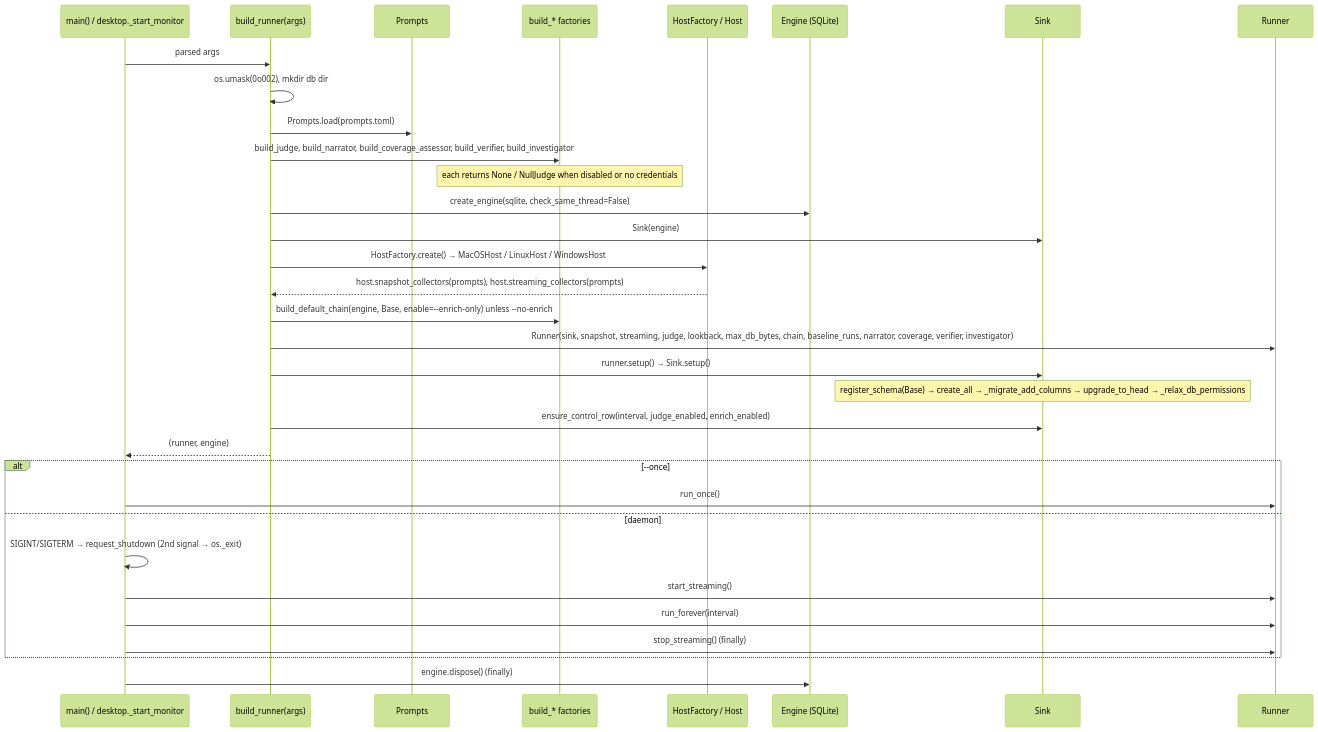
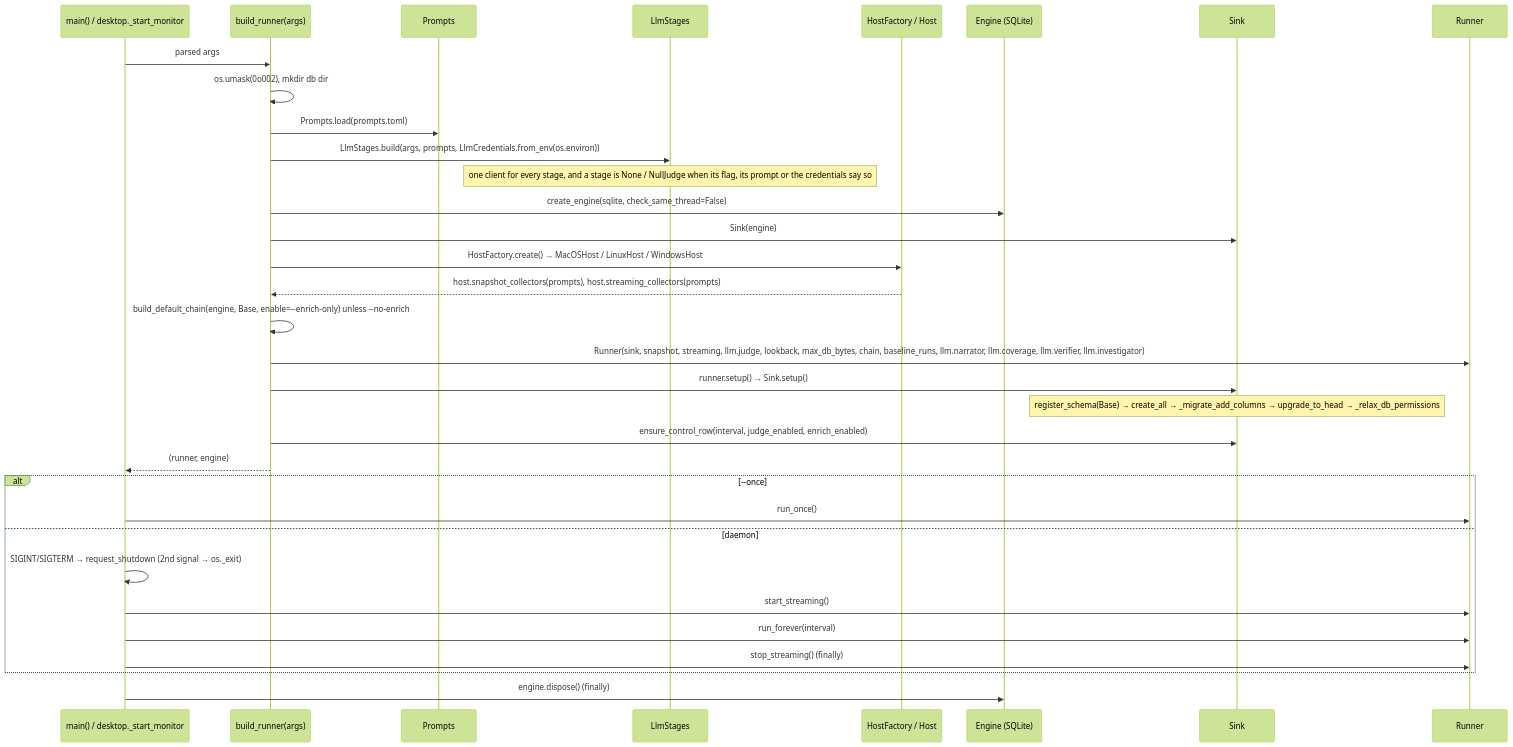
Before and after one commit to iklobato/avai: the fourth of 22 diagrams in docs/ARCHITECTURE.md, drawn with Mermaid (forest theme). The commit also changed other lines of this file and 1 other file, not shown here.

First line of the commit message:
docs: document the shared LLM client and record phase 3

````diff
--- a/docs/ARCHITECTURE.md
+++ b/docs/ARCHITECTURE.md
@@ -264,36 +268,36 @@
 ```mermaid
 sequenceDiagram
     participant M as main() / desktop._start_monitor
     participant B as build_runner(args)
     participant P as Prompts
-    participant F as build_* factories
+    participant L as LlmStages
     participant H as HostFactory / Host
     participant E as Engine (SQLite)
     participant S as Sink
     participant R as Runner
 
     M->>B: parsed args
     B->>B: os.umask(0o002), mkdir db dir
     B->>P: Prompts.load(prompts.toml)
-    B->>F: build_judge, build_narrator, build_coverage_assessor, build_verifier, build_investigator
-    Note over F: each returns None / NullJudge when disabled or no credentials
+    B->>L: LlmStages.build(args, prompts, LlmCredentials.from_env(os.environ))
+    Note over L: one client for every stage, and a stage is None / NullJudge when its flag, its prompt or the credentials say so
     B->>E: create_engine(sqlite, check_same_thread=False)
     B->>S: Sink(engine)
     B->>H: HostFactory.create() → MacOSHost / LinuxHost / WindowsHost
     H-->>B: host.snapshot_collectors(prompts), host.streaming_collectors(prompts)
-    B->>F: build_default_chain(engine, Base, enable=--enrich-only) unless --no-enrich
-    B->>R: Runner(sink, snapshot, streaming, judge, lookback, max_db_bytes, chain, baseline_runs, narrator, coverage, verifier, investigator)
+    B->>B: build_default_chain(engine, Base, enable=--enrich-only) unless --no-enrich
+    B->>R: Runner(sink, snapshot, streaming, llm.judge, lookback, max_db_bytes, chain, baseline_runs, llm.narrator, llm.coverage, llm.verifier, llm.investigator)
     B->>S: runner.setup() → Sink.setup()
     Note over S: register_schema(Base) → create_all → _migrate_add_columns → upgrade_to_head → _relax_db_permissions
     B->>S: ensure_control_row(interval, judge_enabled, enrich_enabled)
     B-->>M: (runner, engine)
     alt --once
         M->>R: run_once()
     else daemon
         M->>M: SIGINT/SIGTERM → request_shutdown (2nd signal → os._exit)
         M->>R: start_streaming()
         M->>R: run_forever(interval)
         M->>R: stop_streaming() (finally)
     end
     M->>E: engine.dispose() (finally)
 ```
````
